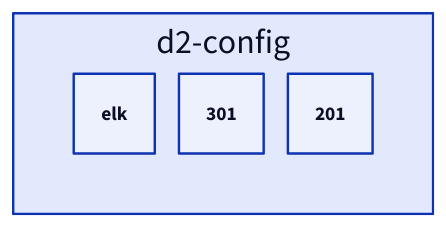
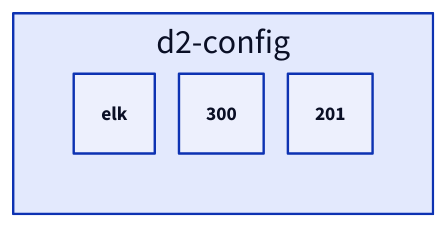
Before and after one commit to brantmerrell/diagrams: the diagram in tech/vars/jbm.d2, drawn with D2. The commit also changed 8 other files, not shown here.

```diff
--- a/tech/vars/jbm.d2
+++ b/tech/vars/jbm.d2
@@ -1,5 +1,5 @@
 d2-config: {
   layout-engine: elk
-  theme-id: 301
+  theme-id: 300
   dark-theme-id: 201
 }
```
